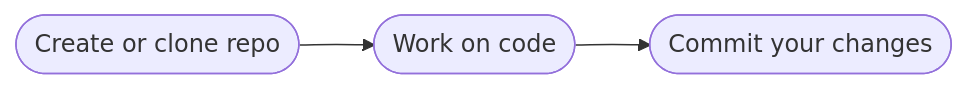
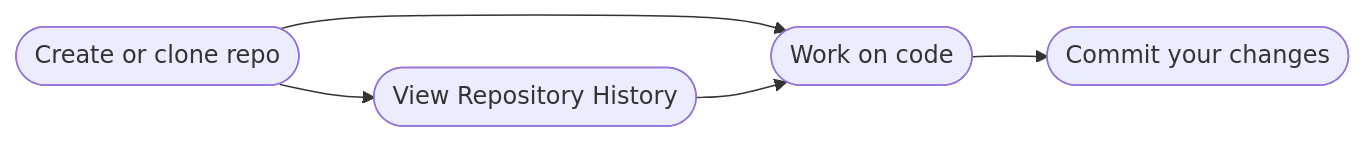
One commit to xcomfan/xcomfan.github.io changed the diagram in gitref/gitref.md. Above: the diagram before and after it, drawn with Mermaid. The commit also changed other lines of this file and 2 other files, not shown here.

Commit message:
Continuing with writing up Git reference

```diff
--- a/gitref/gitref.md
+++ b/gitref/gitref.md
@@ -9,7 +11,13 @@
 {% mermaid %}
  flowchart LR
-    init([Create or clone repo])-->work([Work on code])-->commit([Commit your changes]);
+
+    init([Create or clone repo])-->work([Work on code])
+    init-->history([View Repository History])
+    history-->work
+    work-->commit([Commit your changes])
+
     click init "{% link gitref/init.md %}"
     click work "{% link gitref/work.md %}"
-    click commit "{% link gitref/history.md %}"
+    click history "{% link gitref/history.md %}"
+    click commit "{% link gitref/commit.md %}"
 {% endmermaid %}
```
